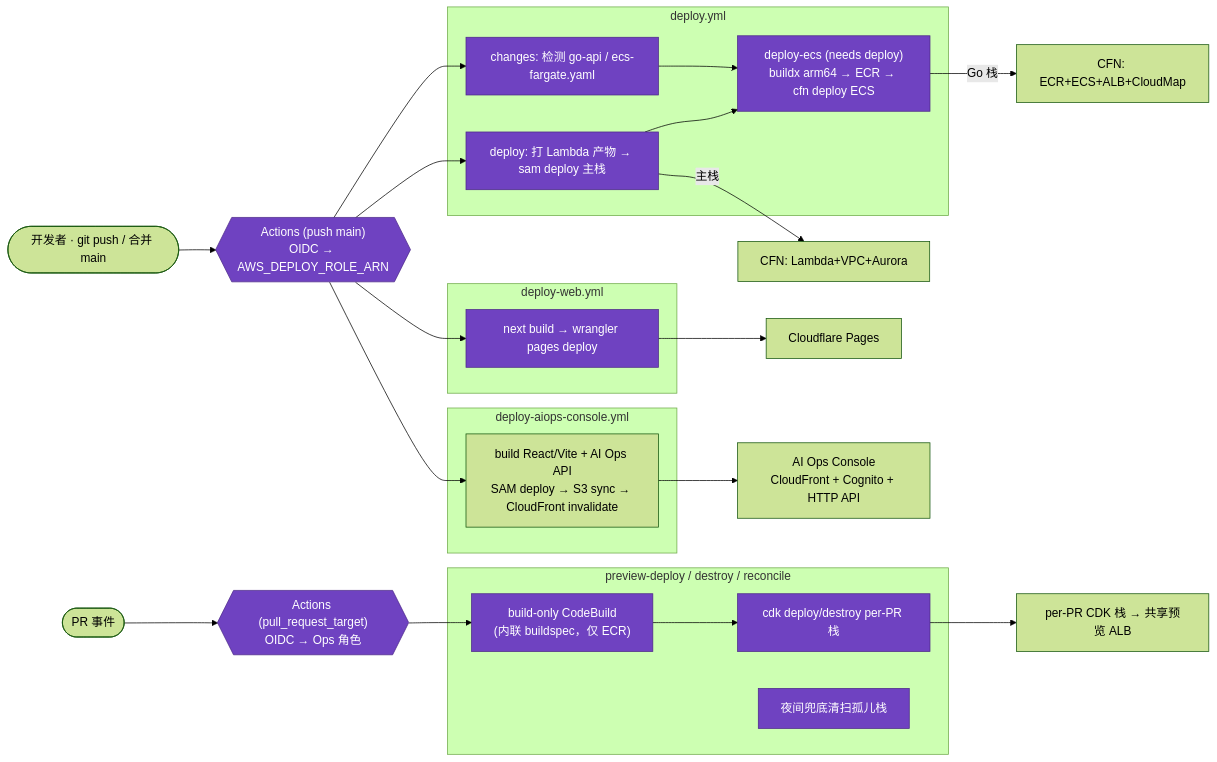
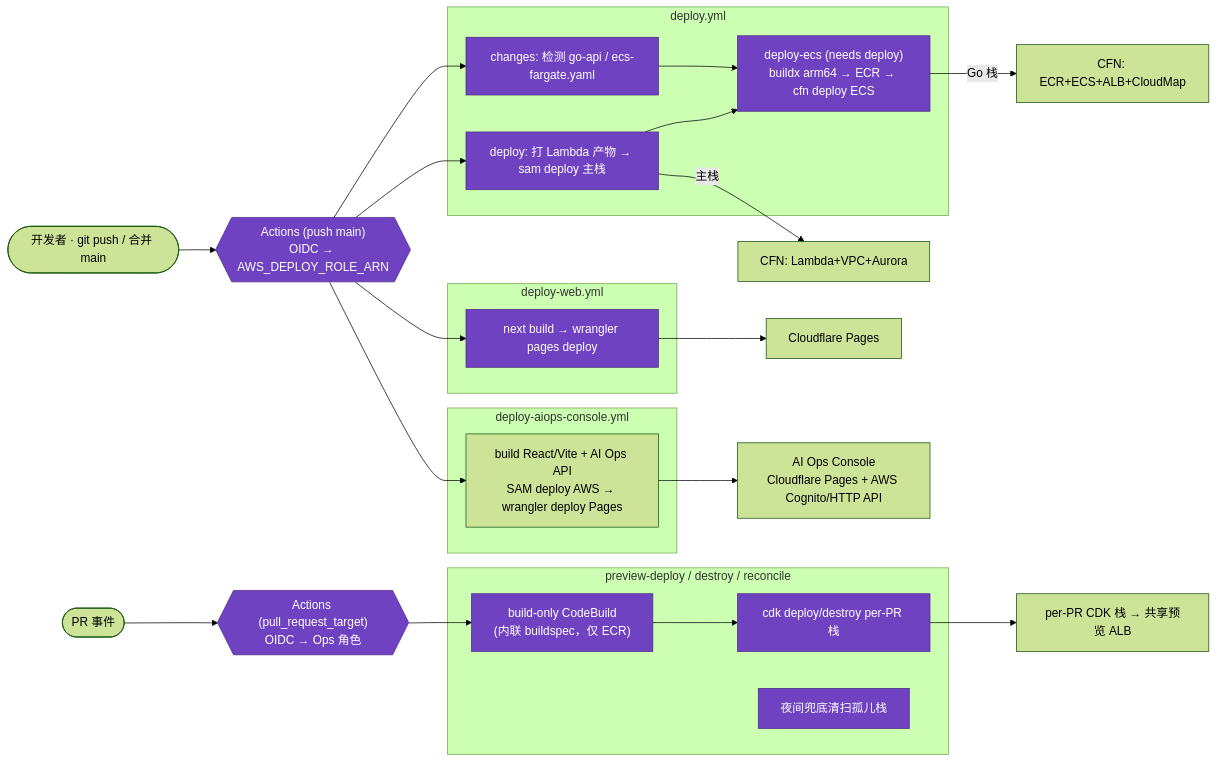
One commit to PrettyKing/github-repositories-fllow changed the third of 9 diagrams in docs/架构图.md. Above: the diagram before and after it, drawn with Mermaid (forest theme). The commit also changed other lines of this file and 11 other files, not shown here.

Commit message:
fix: host AI Ops console on Cloudflare Pages

````diff
--- a/docs/架构图.md
+++ b/docs/架构图.md
@@ -120,40 +120,40 @@
 ```mermaid
 graph LR
     Dev(["开发者 · git push / 合并 main"]) --> GHA{{"Actions (push main)<br/>OIDC → AWS_DEPLOY_ROLE_ARN"}}
     PRev(["PR 事件"]) --> GHA2{{"Actions (pull_request_target)<br/>OIDC → Ops 角色"}}
 
     subgraph W1["deploy.yml"]
         J1["deploy: 打 Lambda 产物 → sam deploy 主栈"]
         J2["changes: 检测 go-api / ecs-fargate.yaml"]
         J3["deploy-ecs (needs deploy)<br/>buildx arm64 → ECR → cfn deploy ECS"]
     end
     subgraph W2["deploy-web.yml"]
         J4["next build → wrangler pages deploy"]
     end
     subgraph W3["preview-deploy / destroy / reconcile"]
         J5["build-only CodeBuild<br/>(内联 buildspec，仅 ECR)"]
         J6["cdk deploy/destroy per-PR 栈"]
         J7["夜间兜底清扫孤儿栈"]
     end
     subgraph W4["deploy-aiops-console.yml"]
-        J8["build React/Vite + AI Ops API<br/>SAM deploy → S3 sync → CloudFront invalidate"]
+        J8["build React/Vite + AI Ops API<br/>SAM deploy AWS → wrangler deploy Pages"]
     end
 
     J5 --> J6
     GHA --> J1
     GHA --> J2
     J1 --> J3
     J2 --> J3
     GHA --> J4
     GHA --> J8
     GHA2 --> J5
 
     J1 -->|主栈| CFN1["CFN: Lambda+VPC+Aurora"]
     J3 -->|Go 栈| CFN2["CFN: ECR+ECS+ALB+CloudMap"]
     J4 --> PAGES["Cloudflare Pages"]
     J6 --> ENV["per-PR CDK 栈 → 共享预览 ALB"]
-    J8 --> AIOPSWEB["AI Ops Console<br/>CloudFront + Cognito + HTTP API"]
+    J8 --> AIOPSWEB["AI Ops Console<br/>Cloudflare Pages + AWS Cognito/HTTP API"]
 
     classDef ci fill:#6f42c1,stroke:#4c2889,color:#fff
     class GHA,GHA2,J1,J2,J3,J4,J5,J6,J7 ci
 ```
````
